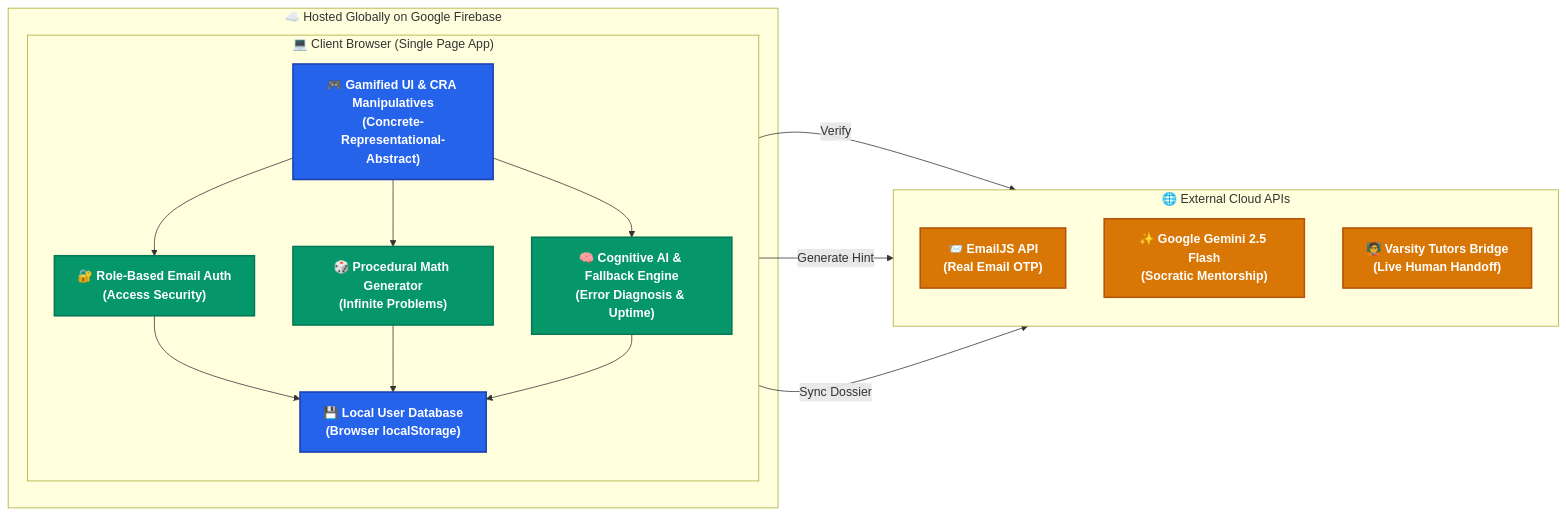
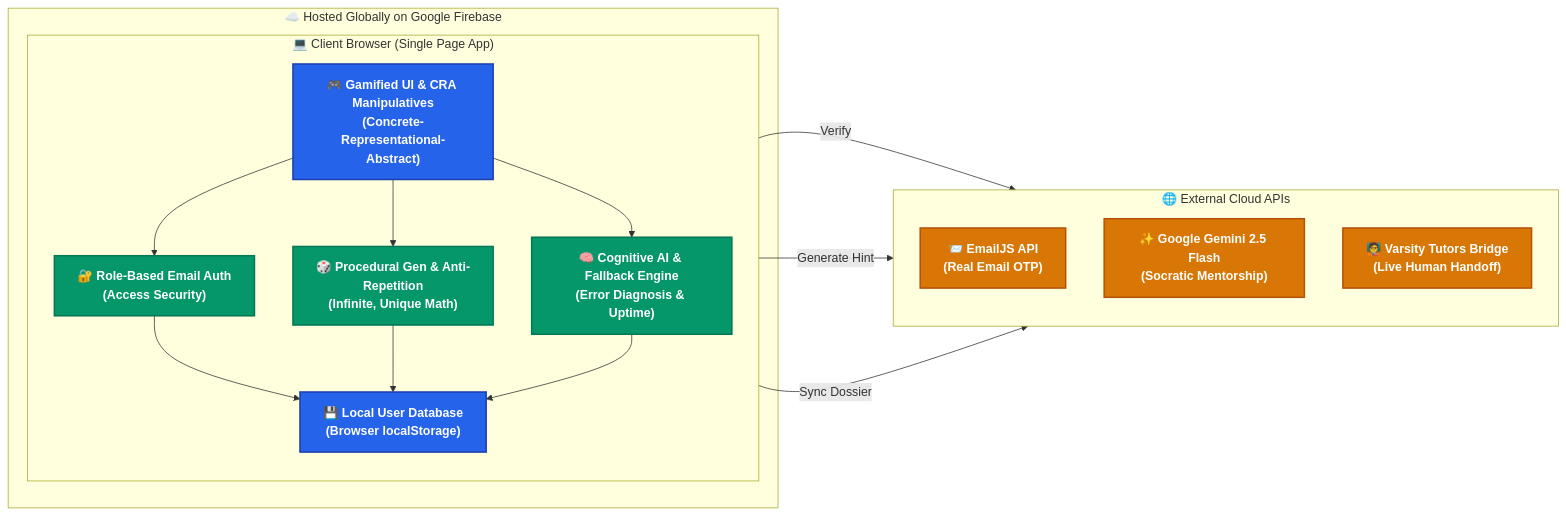
The first of 8 diagrams in ARCHITECTURE.md (SKannaian/nerdy-arithmetic-ai), drawn with Mermaid before and after one commit. The commit also changed 1 other file, not shown here.

Commit message:
Document Anti-Repetition filtering logic in DEMO script and Architecture diagram

````diff
--- a/ARCHITECTURE.md
+++ b/ARCHITECTURE.md
@@ -27,37 +27,37 @@
 ```mermaid
 graph LR
     %% Styling - High Contrast for Presentations
     classDef primary fill:#2563eb,stroke:#1e40af,stroke-width:2px,color:#ffffff,font-weight:bold;
     classDef logic fill:#059669,stroke:#047857,stroke-width:2px,color:#ffffff,font-weight:bold;
     classDef cloud fill:#d97706,stroke:#b45309,stroke-width:2px,color:#ffffff,font-weight:bold;
 
     subgraph Firebase ["☁️ Hosted Globally on Google Firebase"]
         subgraph Client ["💻 Client Browser (Single Page App)"]
             direction TB
             UI["🎮 Gamified UI & CRA Manipulatives<br/>(Concrete-Representational-Abstract)"]:::primary
             Auth["🔐 Role-Based Email Auth<br/>(Access Security)"]:::logic
-            Gen["🎲 Procedural Math Generator<br/>(Infinite Problems)"]:::logic
+            Gen["🎲 Procedural Gen & Anti-Repetition<br/>(Infinite, Unique Math)"]:::logic
             AI["🧠 Cognitive AI & Fallback Engine<br/>(Error Diagnosis & Uptime)"]:::logic
             DB["💾 Local User Database<br/>(Browser localStorage)"]:::primary
             
             UI --> Auth
             UI --> Gen
             UI --> AI
             Auth --> DB
             Gen --> DB
             AI --> DB
         end
     end
 
     subgraph External ["🌐 External Cloud APIs"]
         direction TB
         Email["📨 EmailJS API<br/>(Real Email OTP)"]:::cloud
         Gemini["✨ Google Gemini 2.5 Flash<br/>(Socratic Mentorship)"]:::cloud
         Varsity["🧑‍🏫 Varsity Tutors Bridge<br/>(Live Human Handoff)"]:::cloud
     end
 
     %% Cross-boundary connections
     Auth -- "Verify" --> Email
     AI -- "Generate Hint" --> Gemini
     DB -- "Sync Dossier" --> Varsity
 ```
````
